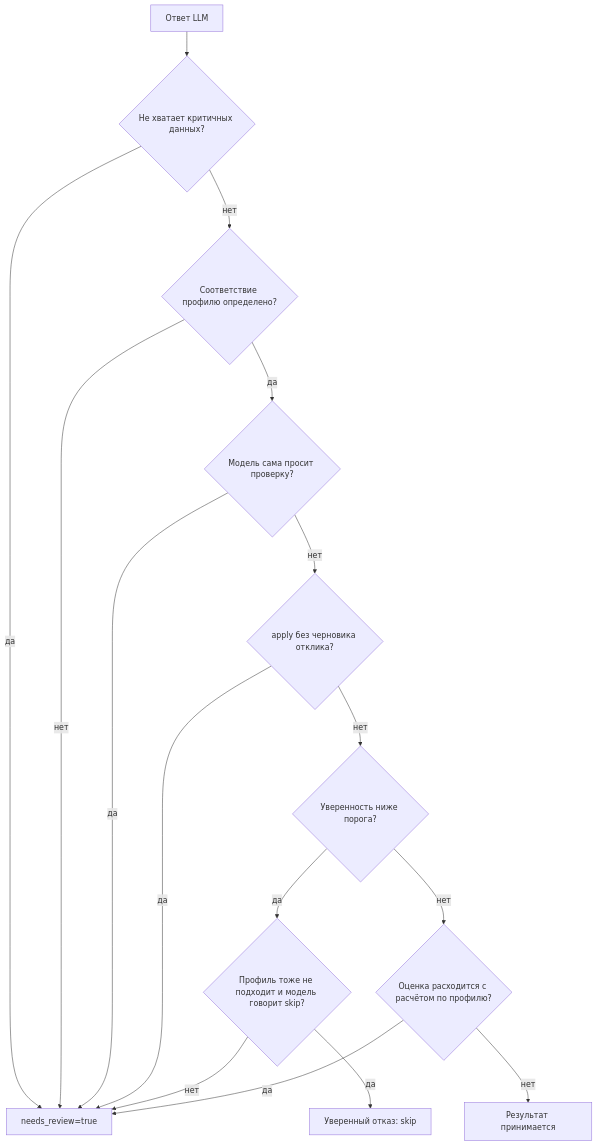
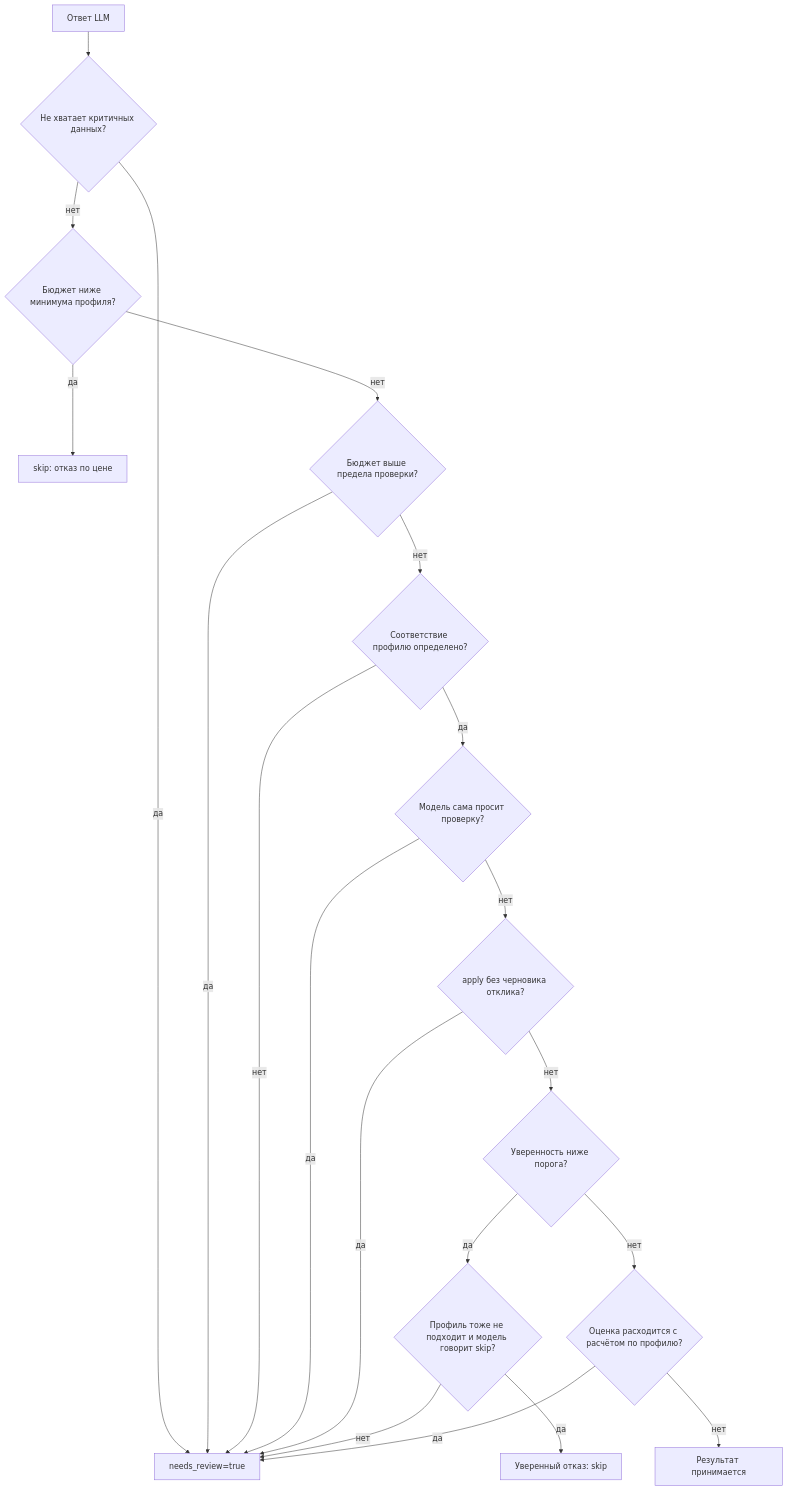
One commit to Alexsey111/AI_Freelance_Copilot changed the third of 4 diagrams in docs/ARCHITECTURE.md. Above: the diagram before and after it, drawn with Mermaid. The commit also changed other lines of this file and 4 other files, not shown here.

Commit message:
Правило budget_above_review_cap: бюджет выше 500 000 ₽ уходит человеку на проверку; 3 теста, 128 зелёных

````diff
--- a/docs/ARCHITECTURE.md
+++ b/docs/ARCHITECTURE.md
@@ -95,18 +95,22 @@
 ```mermaid
 graph TD
     L[Ответ LLM] --> R1{Не хватает критичных данных?}
     R1 -->|да| RV[needs_review=true]
-    R1 -->|нет| R2{Соответствие профилю определено?}
+    R1 -->|нет| B1{Бюджет ниже минимума профиля?}
+    B1 -->|да| SK[skip: отказ по цене]
+    B1 -->|нет| B2{Бюджет выше предела проверки?}
+    B2 -->|да| RV
+    B2 -->|нет| R2{Соответствие профилю определено?}
     R2 -->|нет| RV
     R2 -->|да| R3{Модель сама просит проверку?}
     R3 -->|да| RV
     R3 -->|нет| R4{apply без черновика отклика?}
     R4 -->|да| RV
     R4 -->|нет| R5{Уверенность ниже порога?}
     R5 -->|да| R6{Профиль тоже не подходит и модель говорит skip?}
     R6 -->|да| OK[Уверенный отказ: skip]
     R6 -->|нет| RV
     R5 -->|нет| R7{Оценка расходится с расчётом по профилю?}
     R7 -->|да| RV
     R7 -->|нет| OK2[Результат принимается]
 ```
````
